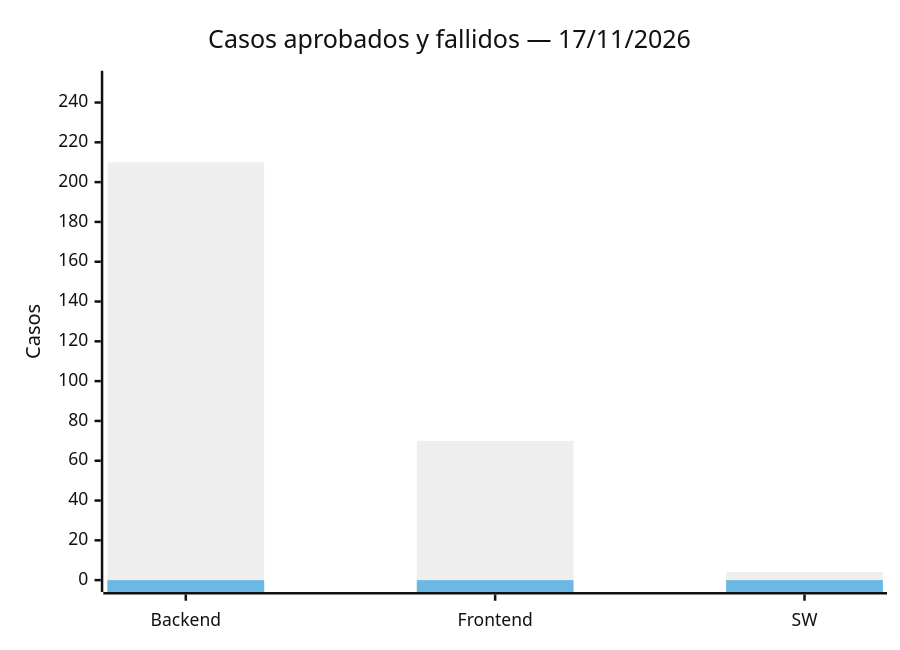
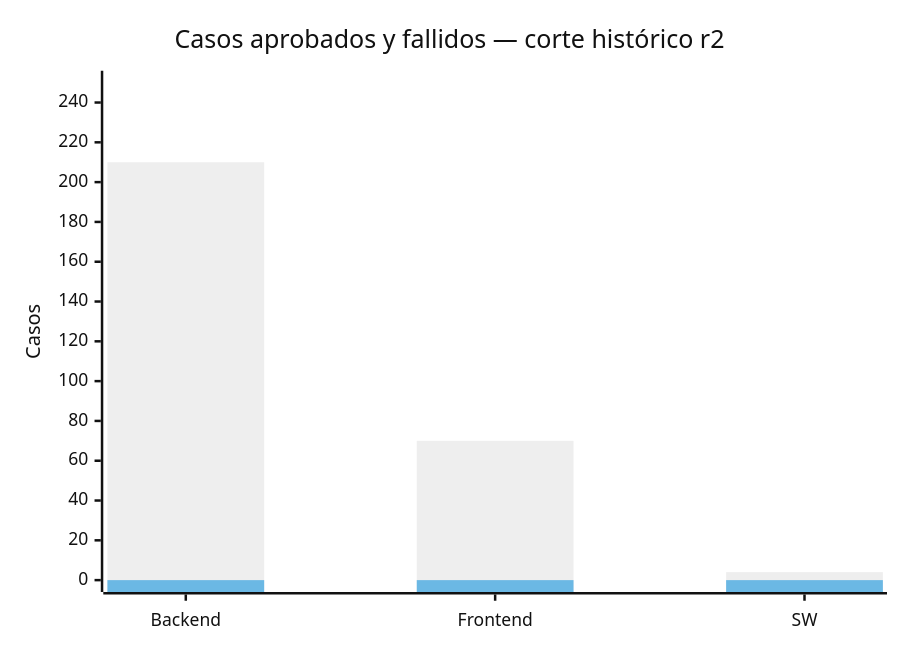
Before and after one commit to Celestemi/ecologistica-junin: the second of 3 diagrams in docs/04 Cierre/04 Tableros de Control - Híbridos V_1_0_0.md, drawn with Mermaid (neutral theme). The commit also changed other lines of this file and 219 other files, not shown here.

````diff
--- a/docs/04 Cierre/04 Tableros de Control - Híbridos V_1_0_0.md
+++ b/docs/04 Cierre/04 Tableros de Control - Híbridos V_1_0_0.md
@@ -47,8 +100,8 @@
 ```mermaid
 xychart-beta
-    title "Casos aprobados y fallidos — 17/11/2026"
+    title "Casos aprobados y fallidos — corte histórico r2"
     x-axis [Backend, Frontend, SW]
     y-axis "Casos" 0 --> 250
     bar [210, 70, 4]
     bar [0, 0, 0]
 ```
````
